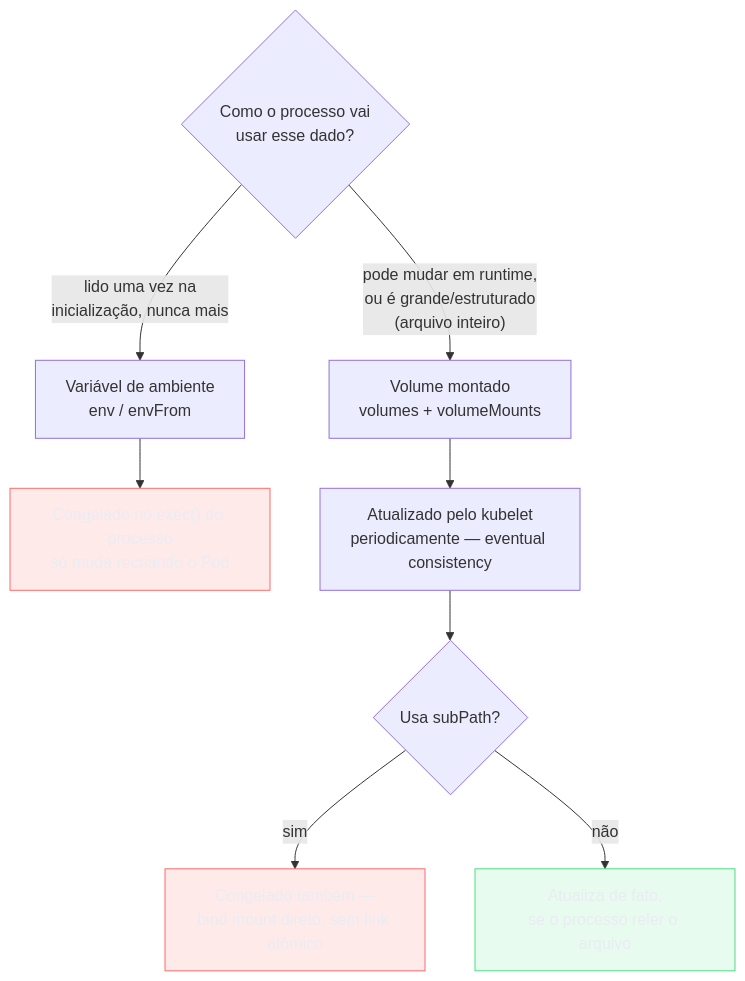
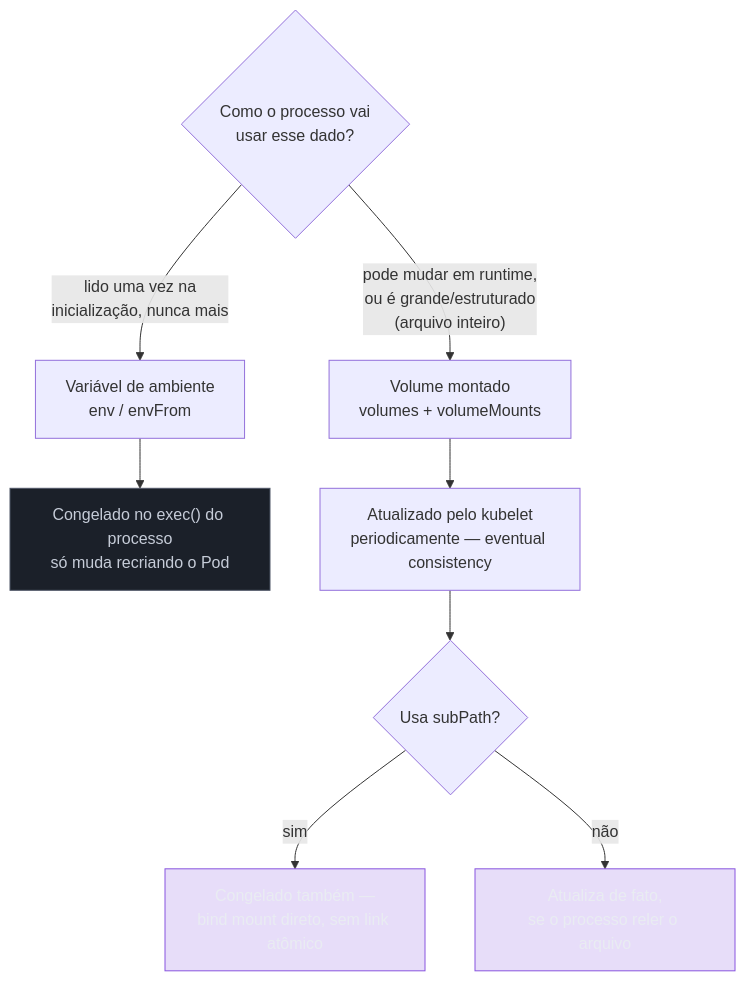
Before and after one commit to josenaldo/codex-technomanticus: the first of 2 diagrams in 03-Dominios/Tecnologia/Infraestrutura/Kubernetes/08 - ConfigMap e Secret.md, drawn with Mermaid. The commit also changed 601 other files, not shown here.

````diff
--- a/03-Dominios/Tecnologia/Infraestrutura/Kubernetes/08 - ConfigMap e Secret.md
+++ b/03-Dominios/Tecnologia/Infraestrutura/Kubernetes/08 - ConfigMap e Secret.md
@@ -70,16 +70,16 @@
 ```mermaid
 graph TD
-    classDef falha fill:#FF6B6B24,stroke:#FF6B6B,color:#E9ECF2
-    classDef ok fill:#4ADE8021,stroke:#4ADE80,color:#E9ECF2
+    classDef marca fill:#8855DF33,stroke:#8855DF,color:#E9ECF2
+    classDef neutro fill:#1B2029,stroke:#4E5666,color:#C6CCD8
     Q{"Como o processo vai<br/>usar esse dado?"} -->|"lido uma vez na<br/>inicialização, nunca mais"| ENV["Variável de ambiente<br/>env / envFrom"]
     Q -->|"pode mudar em runtime,<br/>ou é grande/estruturado<br/>(arquivo inteiro)"| VOL["Volume montado<br/>volumes + volumeMounts"]
     ENV --> ENVR["Congelado no exec() do processo<br/>só muda recriando o Pod"]
     VOL --> VOLR["Atualizado pelo kubelet<br/>periodicamente — eventual consistency"]
     VOLR --> SUB{"Usa subPath?"}
     SUB -->|"sim"| NOUP["Congelado também —<br/>bind mount direto, sem link atômico"]
     SUB -->|"não"| UP["Atualiza de fato,<br/>se o processo reler o arquivo"]
 
-    class ENVR falha
-    class NOUP falha
-    class UP ok
+    class ENVR neutro
+    class NOUP marca
+    class UP marca
 ```
````
